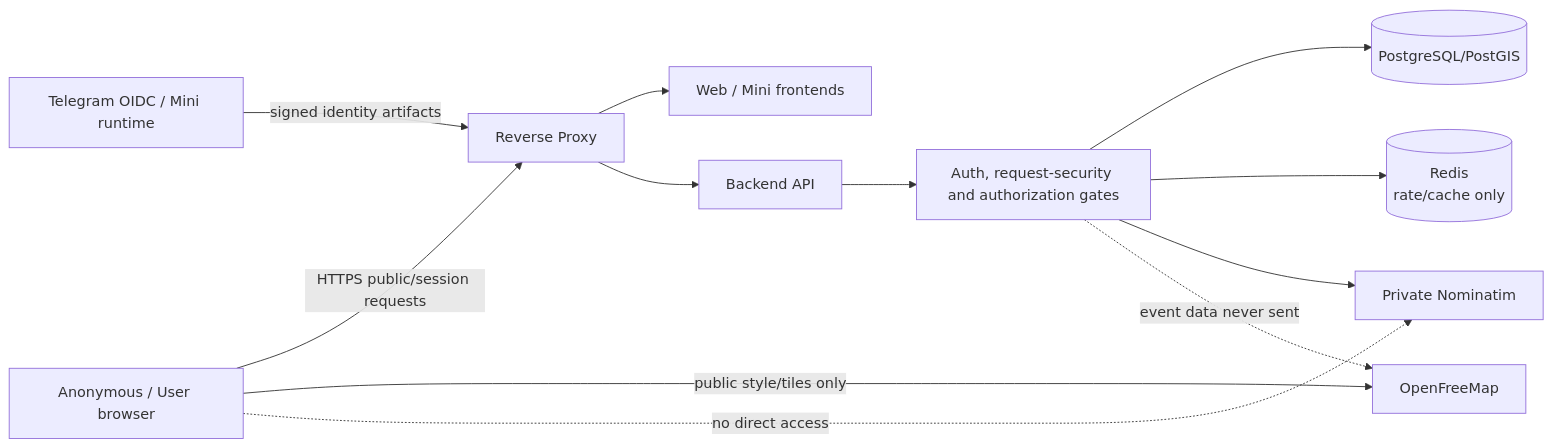
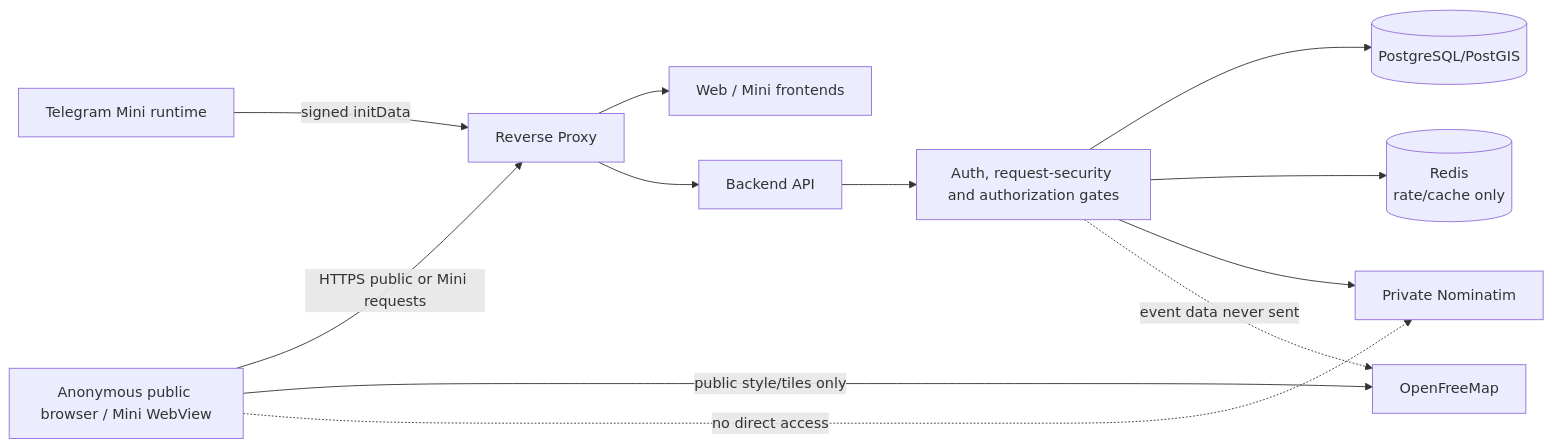
One commit to ittadoru/afisha-bot changed the diagram in docs/g4/diagrams/19-public-auth-location-dfd.mmd. Above: the diagram before and after it, drawn with Mermaid. The commit also changed 29 other files, not shown here.

```diff
--- a/docs/g4/diagrams/19-public-auth-location-dfd.mmd
+++ b/docs/g4/diagrams/19-public-auth-location-dfd.mmd
@@ -1,12 +1,12 @@
 flowchart LR
-    U["Anonymous / User browser"] -->|"HTTPS public/session requests"| E["Reverse Proxy"]
-    T["Telegram OIDC / Mini runtime"] -->|"signed identity artifacts"| E
+    U["Anonymous public browser / Mini WebView"] -->|"HTTPS public or Mini requests"| E["Reverse Proxy"]
+    T["Telegram Mini runtime"] -->|"signed initData"| E
     E --> W["Web / Mini frontends"]
     E --> A["Backend API"]
     A --> G["Auth, request-security and authorization gates"]
     G --> P[("PostgreSQL/PostGIS")]
     G --> R[("Redis<br/>rate/cache only")]
     G --> N["Private Nominatim"]
     U -->|"public style/tiles only"| O["OpenFreeMap"]
     G -.->|"event data never sent"| O
     U -.->|"no direct access"| N
```
